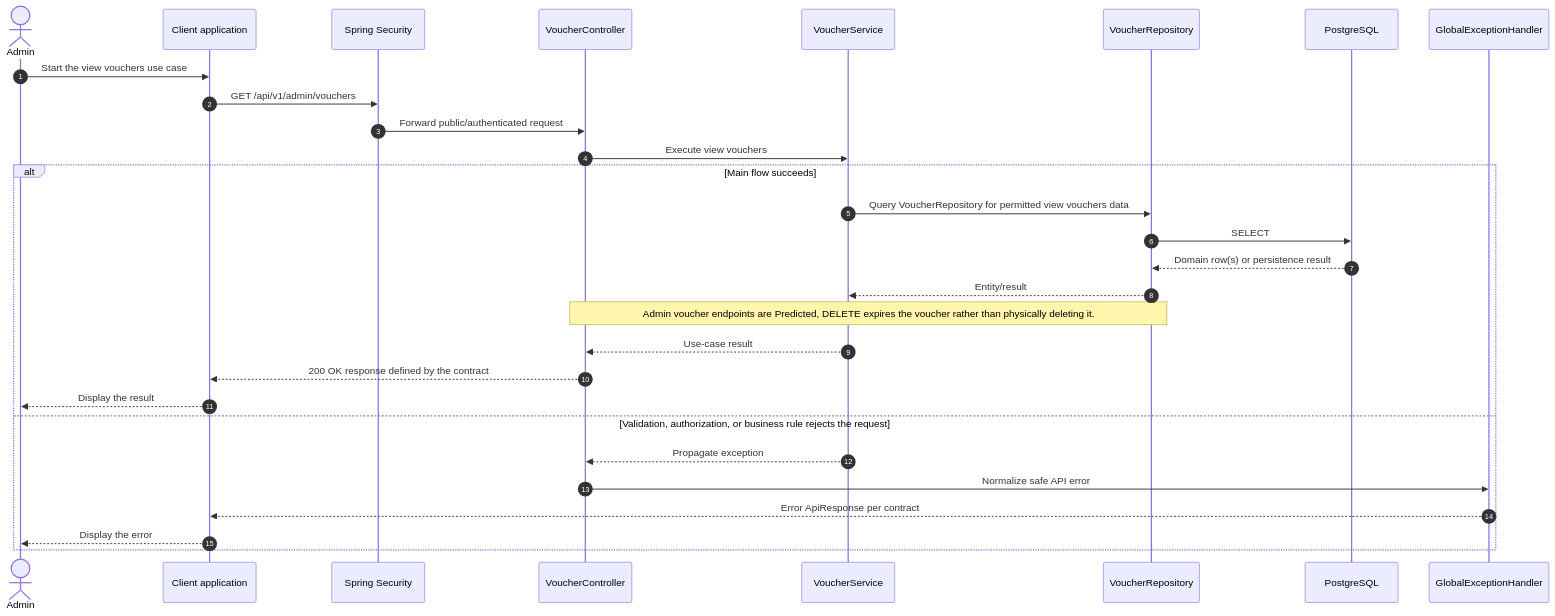
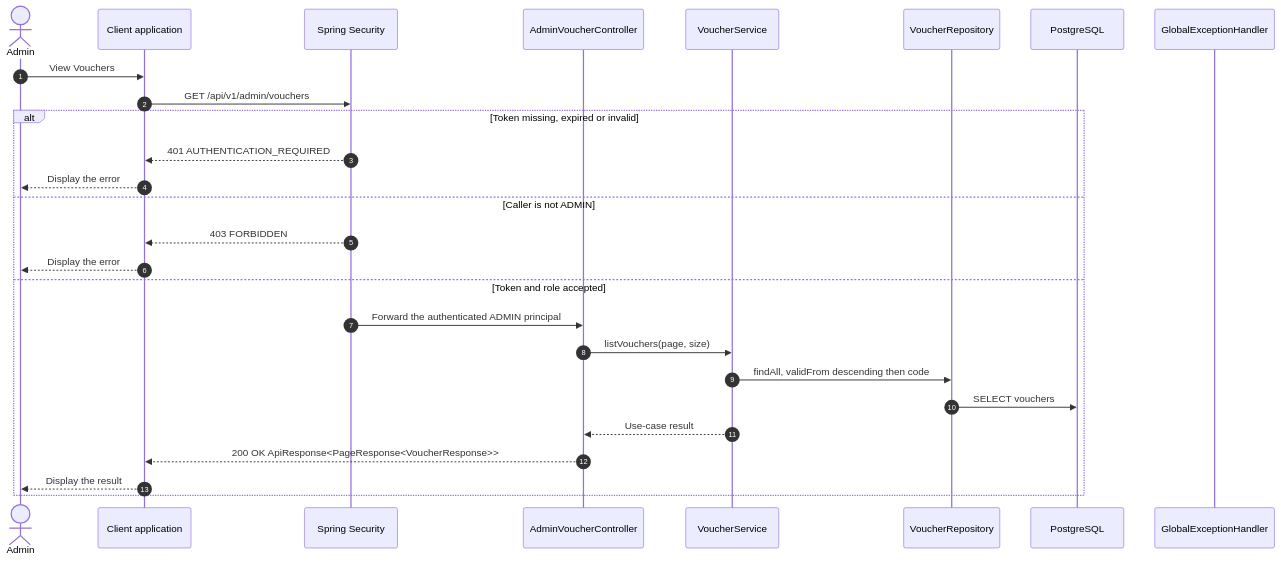
Before and after one commit to e-commercial-marketplace/commerce-platform-docs: the diagram in sequence-diagram/admin/view-vouchers.md, drawn with Mermaid. The commit also changed other lines of this file and 232 other files, not shown here.

Commit message:
docs(usecase): align use cases, specs, activity and sequence diagrams with the backend

````diff
--- a/sequence-diagram/admin/view-vouchers.md
+++ b/sequence-diagram/admin/view-vouchers.md
@@ -9,31 +7,29 @@
 ```mermaid
 sequenceDiagram
     autonumber
     actor Admin
     participant Client as Client application
     participant Security as Spring Security
-    participant Controller as VoucherController
+    participant Controller as AdminVoucherController
     participant Service as VoucherService
     participant Repo as VoucherRepository
     participant DB as PostgreSQL
     participant Handler as GlobalExceptionHandler
-    Admin->>Client: Start the view vouchers use case
+    Admin->>Client: View Vouchers
     Client->>Security: GET /api/v1/admin/vouchers
-    Security->>Controller: Forward public/authenticated request
-    Controller->>Service: Execute view vouchers
-    alt Main flow succeeds
-        Service->>Repo: Query VoucherRepository for permitted view vouchers data
-        Repo->>DB: SELECT
-        DB-->>Repo: Domain row(s) or persistence result
-        Repo-->>Service: Entity/result
-        Note over Controller,Repo: Admin voucher endpoints are Predicted, DELETE expires the voucher rather than physically deleting it.
+    alt Token missing, expired or invalid
+        Security-->>Client: 401 AUTHENTICATION_REQUIRED
+        Client-->>Admin: Display the error
+    else Caller is not ADMIN
+        Security-->>Client: 403 FORBIDDEN
+        Client-->>Admin: Display the error
+    else Token and role accepted
+        Security->>Controller: Forward the authenticated ADMIN principal
+        Controller->>Service: listVouchers(page, size)
+        Service->>Repo: findAll, validFrom descending then code
+        Repo->>DB: SELECT vouchers
         Service-->>Controller: Use-case result
-        Controller-->>Client: 200 OK response defined by the contract
+        Controller-->>Client: 200 OK ApiResponse<PageResponse<VoucherResponse>>
         Client-->>Admin: Display the result
-    else Validation, authorization, or business rule rejects the request
-        Service-->>Controller: Propagate exception
-        Controller->>Handler: Normalize safe API error
-        Handler-->>Client: Error ApiResponse per contract
-        Client-->>Admin: Display the error
     end
 ```
````
